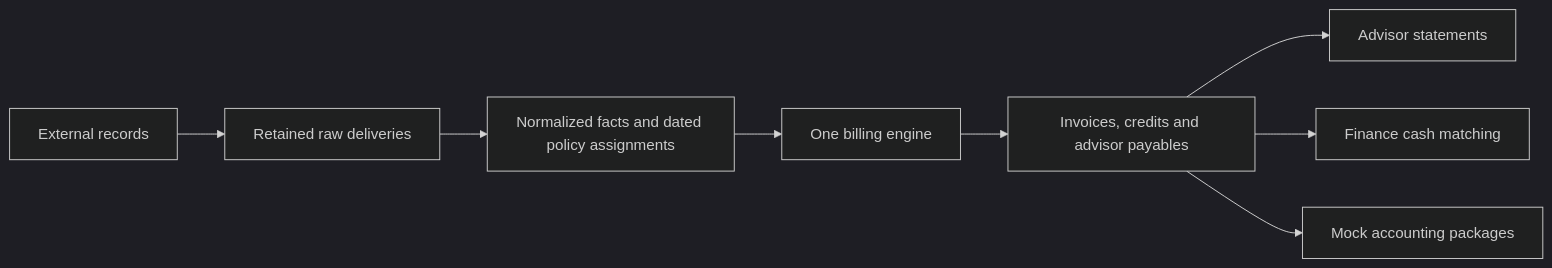
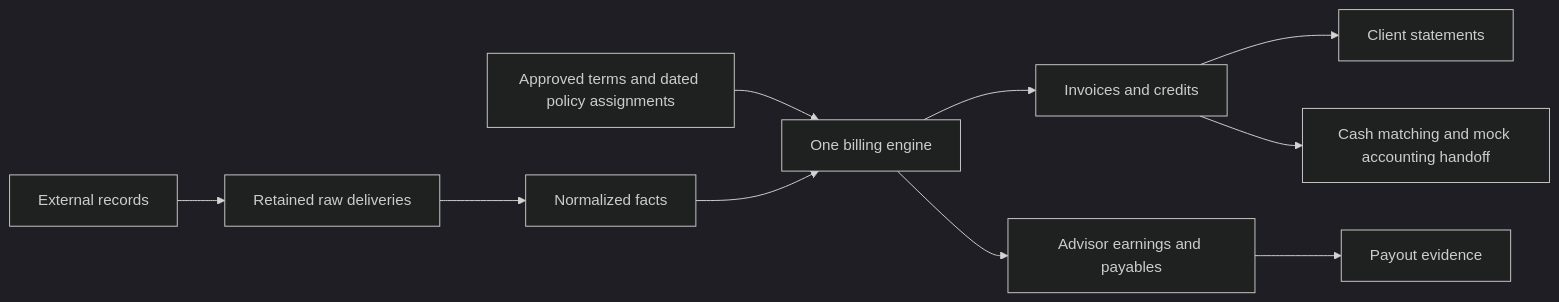
The diagram in README.md (stevekkall-beansgc/savvy-proto), drawn with Mermaid (dark theme) before and after one commit. The commit also changed other lines of this file and 1 other file, not shown here.

````diff
--- a/README.md
+++ b/README.md
@@ -19,10 +26,12 @@
 ```mermaid
 flowchart LR
   A[External records] --> B[Retained raw deliveries]
-  B --> C[Normalized facts and dated policy assignments]
-  C --> D[One billing engine]
-  D --> E[Invoices, credits and advisor payables]
-  E --> F[Advisor statements]
-  E --> G[Finance cash matching]
-  E --> H[Mock accounting packages]
+  B --> C[Normalized facts]
+  P[Approved terms and dated policy assignments] --> D[One billing engine]
+  C --> D
+  D --> E[Invoices and credits]
+  D --> F[Advisor earnings and payables]
+  E --> G[Client statements]
+  E --> H[Cash matching and mock accounting handoff]
+  F --> I[Payout evidence]
 ```
````
